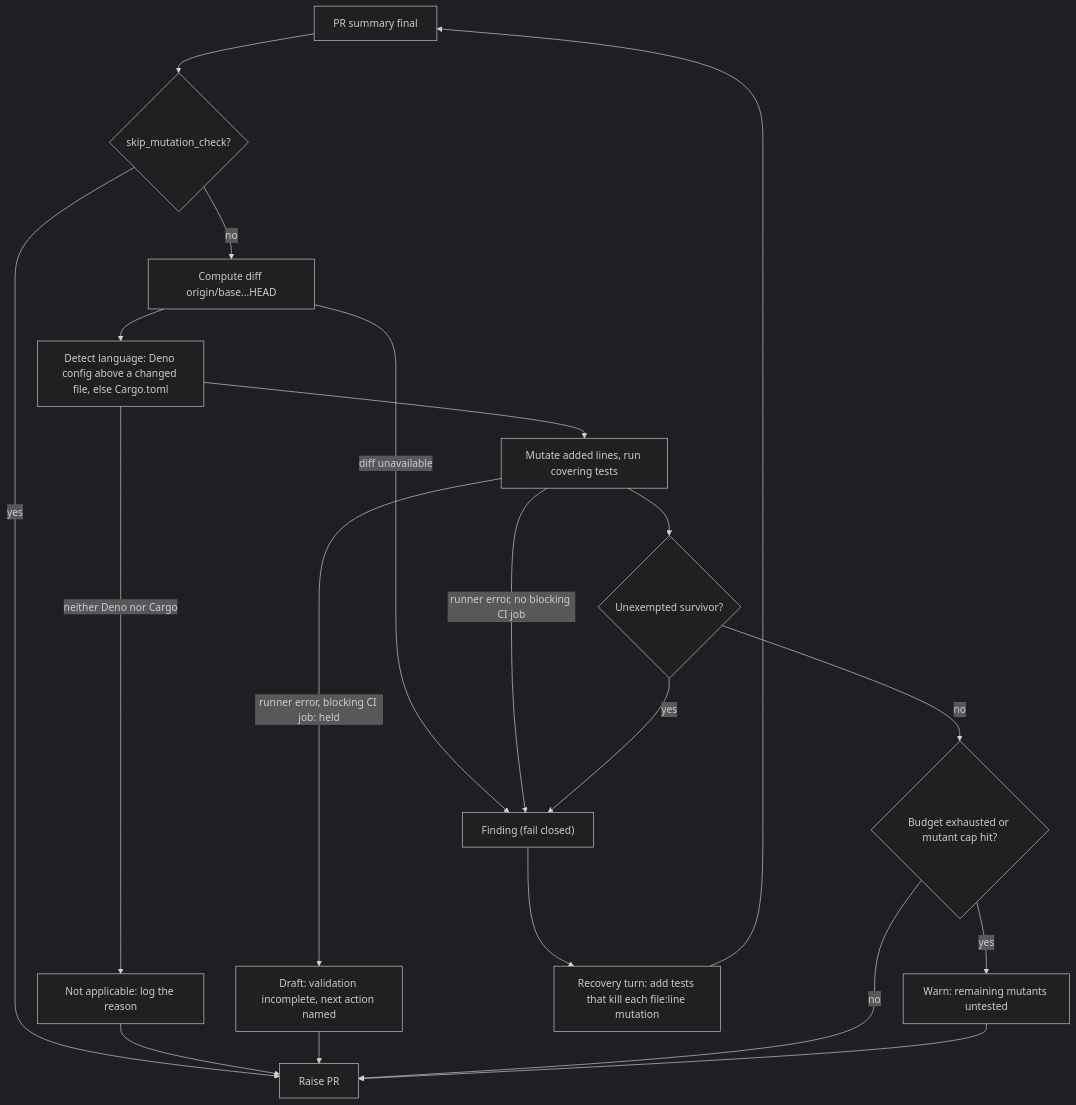
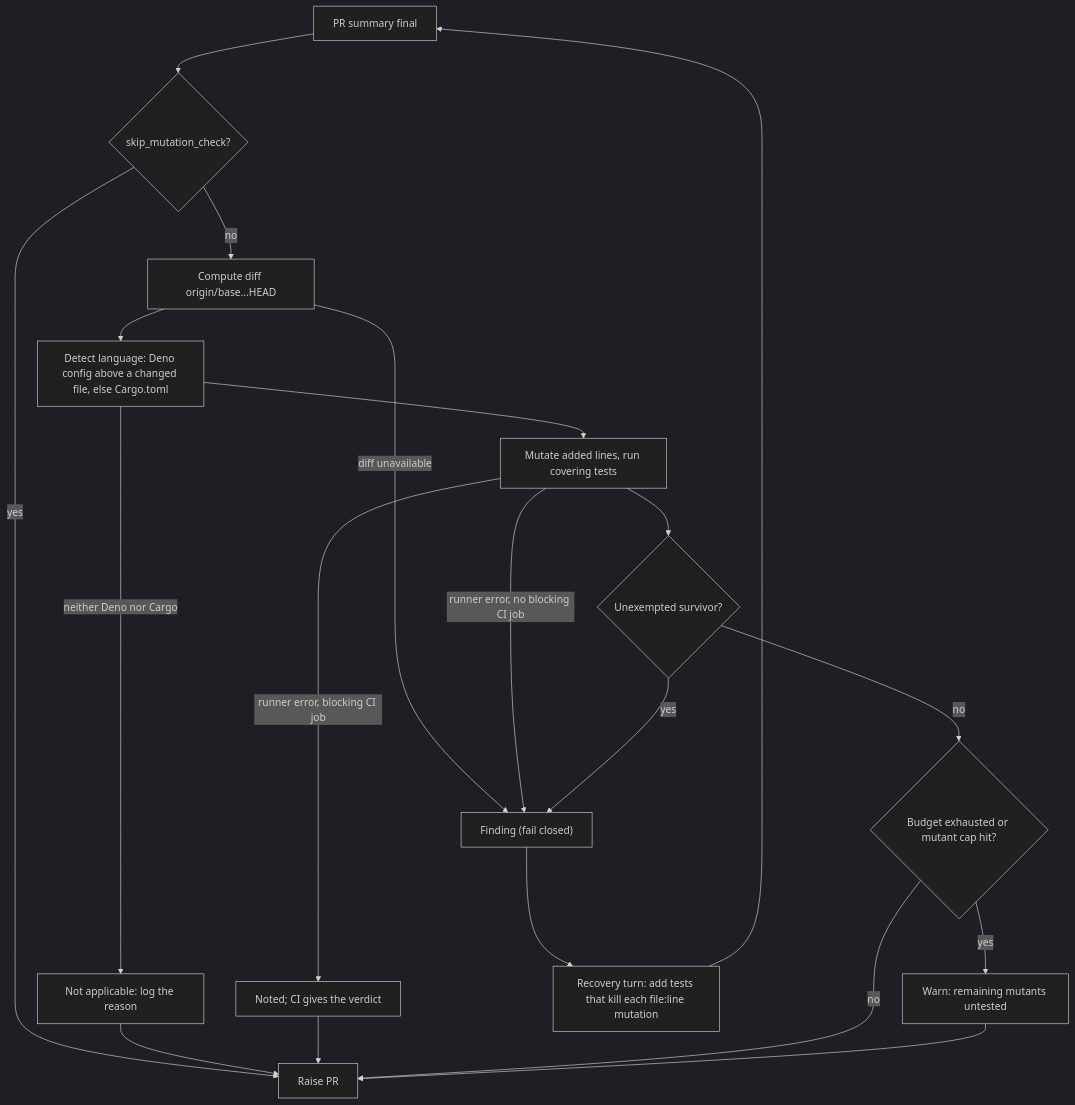
One commit to stSoftwareAU/VibeCoder changed the first of 3 diagrams in docs/mutation-check.md. Above: the diagram before and after it, drawn with Mermaid (dark theme). The commit also changed other lines of this file and 6 other files, not shown here.

````diff
--- a/docs/mutation-check.md
+++ b/docs/mutation-check.md
@@ -35,22 +35,22 @@
 ```mermaid
 flowchart TD
     A["PR summary final"] --> B{"skip_mutation_check?"}
     B -- yes --> Z["Raise PR"]
     B -- no --> D["Compute diff origin/base...HEAD"]
     D -- "diff unavailable" --> X["Finding (fail closed)"]
     D --> C["Detect language: Deno config above a changed file, else Cargo.toml"]
     C -- "neither Deno nor Cargo" --> N["Not applicable: log the reason"]
     N --> Z
     C --> E["Mutate added lines, run covering tests"]
     E -- "runner error, no blocking CI job" --> X
-    E -- "runner error, blocking CI job: held" --> N2["Draft: validation incomplete, next action named"]
+    E -- "runner error, blocking CI job" --> N2["Noted; CI gives the verdict"]
     N2 --> Z
     E --> F{"Unexempted survivor?"}
     F -- yes --> X
     F -- no --> G{"Budget exhausted or mutant cap hit?"}
     G -- yes --> W["Warn: remaining mutants untested"]
     G -- no --> Z
     W --> Z
     X --> R["Recovery turn: add tests that kill each file:line mutation"]
     R --> A
 ```
````
